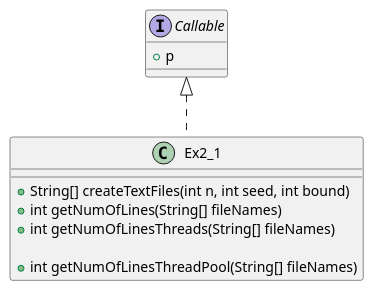
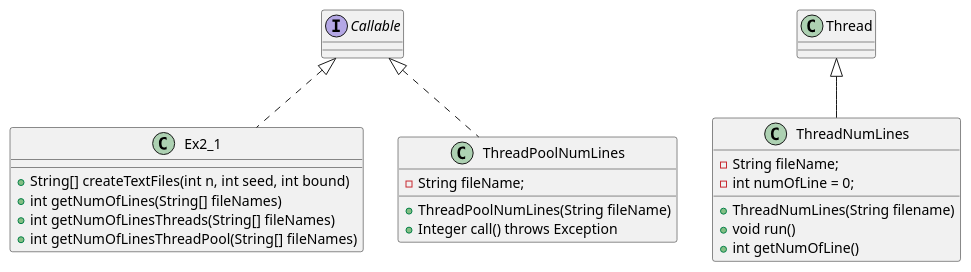
Before and after one commit to TamarBarIlan/Object-Oriented-Programming-Assignment-2-: the diagram in src/Ex2_1/Ex2_1.puml, drawn with PlantUML. The commit also changed 4 other files, not shown here.

```diff
--- a/src/Ex2_1/Ex2_1.puml
+++ b/src/Ex2_1/Ex2_1.puml
@@ -1,17 +1,30 @@
 @startuml
 
 class Ex2_1 implements Callable{
-
     + String[] createTextFiles(int n, int seed, int bound)
      + int getNumOfLines(String[] fileNames)
      + int getNumOfLinesThreads(String[] fileNames)
-
     + int getNumOfLinesThreadPool(String[] fileNames)
 
 }
-interface Callable{
-    + p
+
+class ThreadNumLines extends Thread{
+    - String fileName;
+    - int numOfLine = 0;
+
+    + ThreadNumLines(String filename)
+    + void run()
+    + int getNumOfLine()
+}
+
+class ThreadPoolNumLines implements Callable {
+    - String fileName;
+
+    + ThreadPoolNumLines(String fileName)
+    + Integer call() throws Exception
 }
 
 
+
+
 @enduml
```
